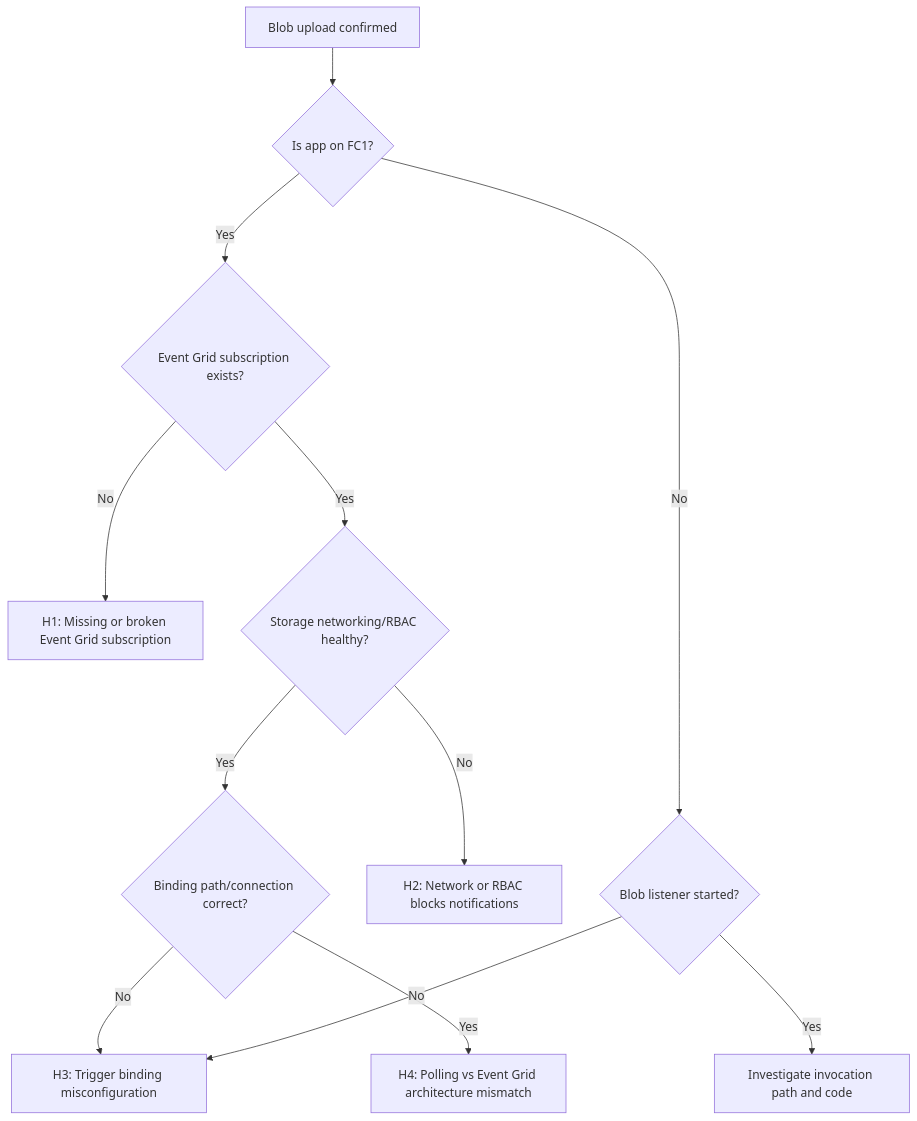
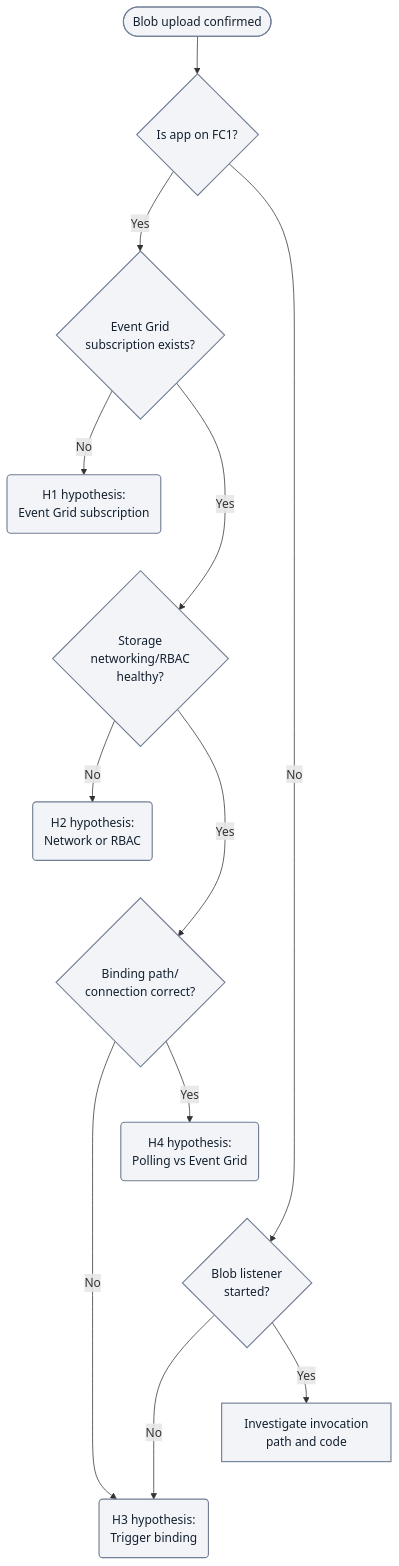
One commit to yeongseon/azure-functions-practical-guide changed the diagram in docs/troubleshooting/playbooks/blob-trigger-not-firing.md. Above: the diagram before and after it, drawn with Mermaid. The commit also changed other lines of this file and 1 other file, not shown here.

Commit message:
docs(diagrams): migrate Blob trigger not firing troubleshooting flow (#434)
* docs(diagrams): migrate Blob trigger not firing troubleshooting flow

Preserve all diagnostic branches while improving narrow-view labels and
adding accessible metadata, an adjacent hypothesis key and layout-only tiers.
Refresh only the owned manifest record with an in-progress disposition.

Refs #266

````diff
--- a/docs/troubleshooting/playbooks/blob-trigger-not-firing.md
+++ b/docs/troubleshooting/playbooks/blob-trigger-not-firing.md
@@ -57,14 +57,23 @@
 ```mermaid
 flowchart TD
-    A[Blob upload confirmed] --> B{Is app on FC1?}
-    B -->|Yes| C{Event Grid subscription exists?}
-    B -->|No| D{Blob listener started?}
-    C -->|No| H1[H1: Missing or broken Event Grid subscription]
-    C -->|Yes| E{"Storage networking/RBAC healthy?"}
-    E -->|No| H2[H2: Network or RBAC blocks notifications]
-    E -->|Yes| F{"Binding path/connection correct?"}
-    F -->|No| H3[H3: Trigger binding misconfiguration]
-    F -->|Yes| H4[H4: Polling vs Event Grid architecture mismatch]
+    accTitle: Blob trigger diagnostic decision flow
+    accDescr: Illustrative troubleshooting flow after a confirmed upload. The FC1 branch checks Event Grid subscription, storage networking or RBAC, and binding path or connection; the other branch checks listener startup. H1 through H4 are candidate hypotheses, not confirmed causes. Validate them against the evidence and disproof sections.
+    A(["Blob upload confirmed"]) --> B{"Is app on FC1?"}
+    B -->|Yes| C{"Event Grid<br/>subscription exists?"}
+    B -->|No| D{"Blob listener<br/>started?"}
+    C -->|No| H1("H1 hypothesis:<br/>Event Grid subscription")
+    C -->|Yes| E{"Storage<br/>networking/RBAC<br/>healthy?"}
+    E -->|No| H2("H2 hypothesis:<br/>Network or RBAC")
+    E -->|Yes| F{"Binding path/<br/>connection correct?"}
+    F -->|No| H3("H3 hypothesis:<br/>Trigger binding")
+    F -->|Yes| H4("H4 hypothesis:<br/>Polling vs Event Grid")
     D -->|No| H3
-    D -->|Yes| G[Investigate invocation path and code]
+    D -->|Yes| G["Investigate invocation<br/>path and code"]
+    %% Layout-only links tier the branches; they add no diagnostic steps or arrows.
+    H1 ~~~ E
+    H2 ~~~ F
+    H4 ~~~ D
+    G ~~~ H3
+    classDef neutral fill:#f2f4f8,stroke:#707e93,stroke-width:1.5px,color:#14202e;
+    class A,B,C,D,E,F,G,H1,H2,H3,H4 neutral;
 ```
````
